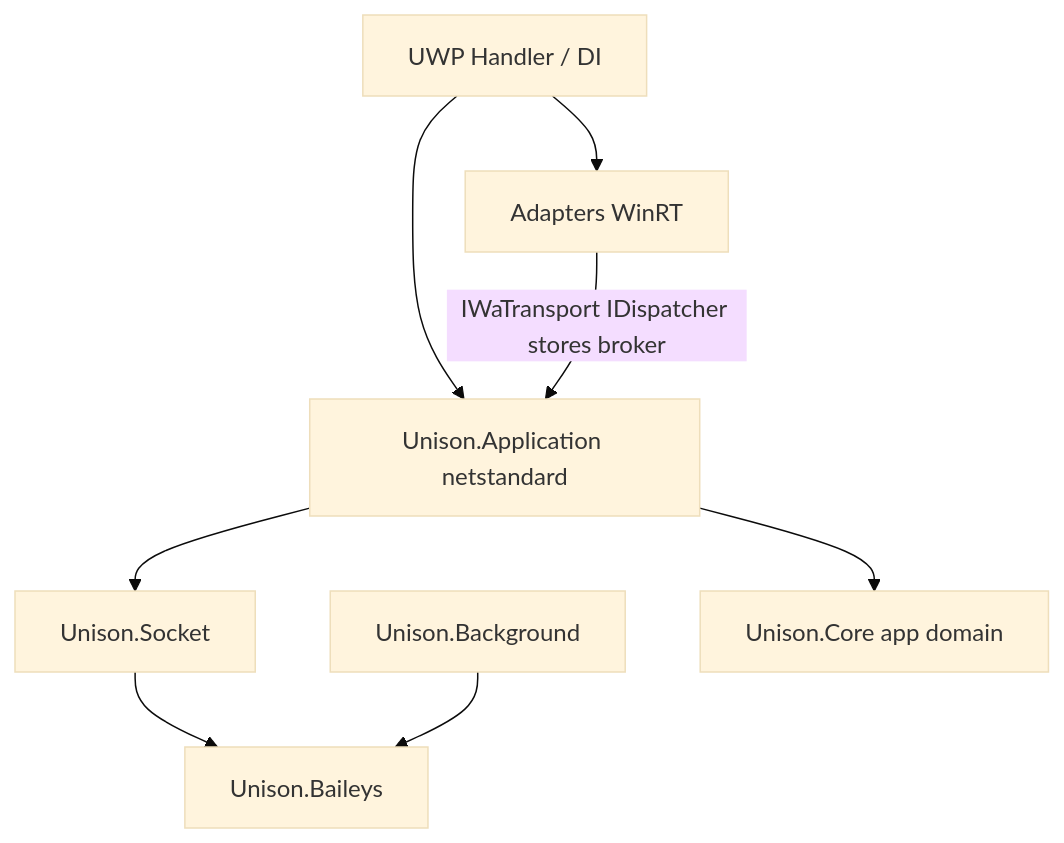
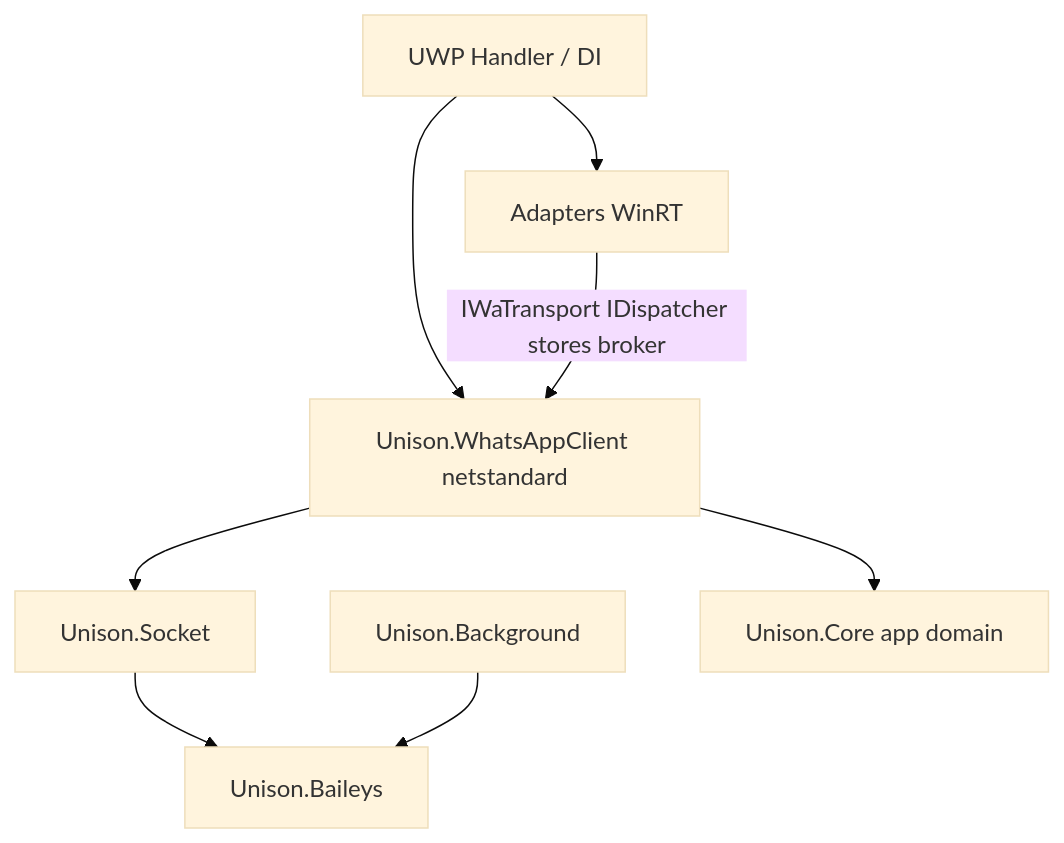
Before and after one commit to MaskNinjaSquared/Unison: the second of 2 diagrams in docs/wiki/Netstandard-WhatsApp-Client.md, drawn with Mermaid (base theme). The commit also changed other lines of this file and 12 other files, not shown here.

Commit message:
refactor(whatsapp-client): move ProfileFacade into Unison.WhatsAppClient

````diff
--- a/docs/wiki/Netstandard-WhatsApp-Client.md
+++ b/docs/wiki/Netstandard-WhatsApp-Client.md
@@ -71,17 +71,17 @@
 ```mermaid
 flowchart TB
   Host["UWP Handler / DI"]
   Adapters["Adapters WinRT"]
-  AppLib["Unison.Application netstandard"]
+  AppLib["Unison.WhatsAppClient netstandard"]
   Socket["Unison.Socket"]
   Baileys["Unison.Baileys"]
   Bg["Unison.Background"]
 
   Host --> Adapters
   Host --> AppLib
   Adapters -->|"IWaTransport IDispatcher stores broker"| AppLib
   AppLib --> Socket
   AppLib --> CoreApp["Unison.Core app domain"]
   Socket --> Baileys
   Bg --> Baileys
 ```
````
